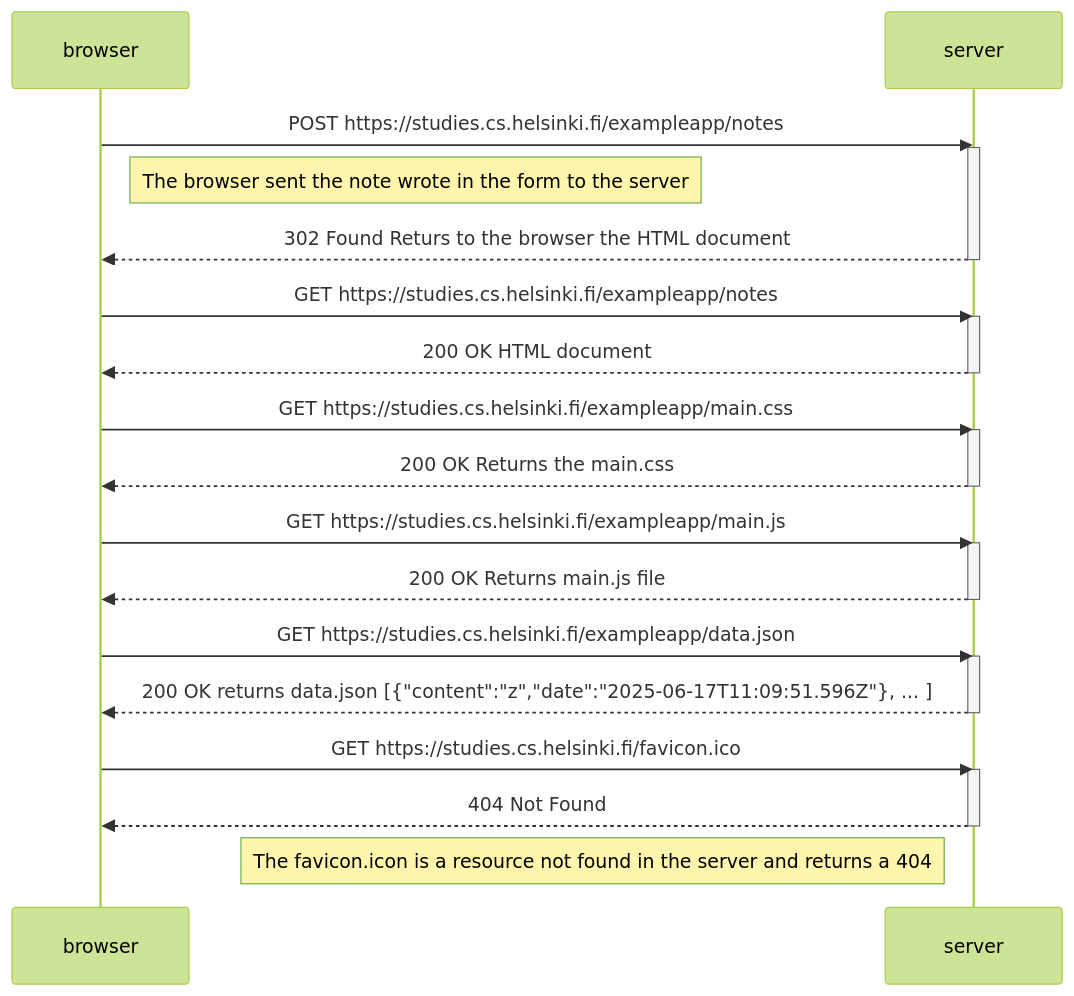
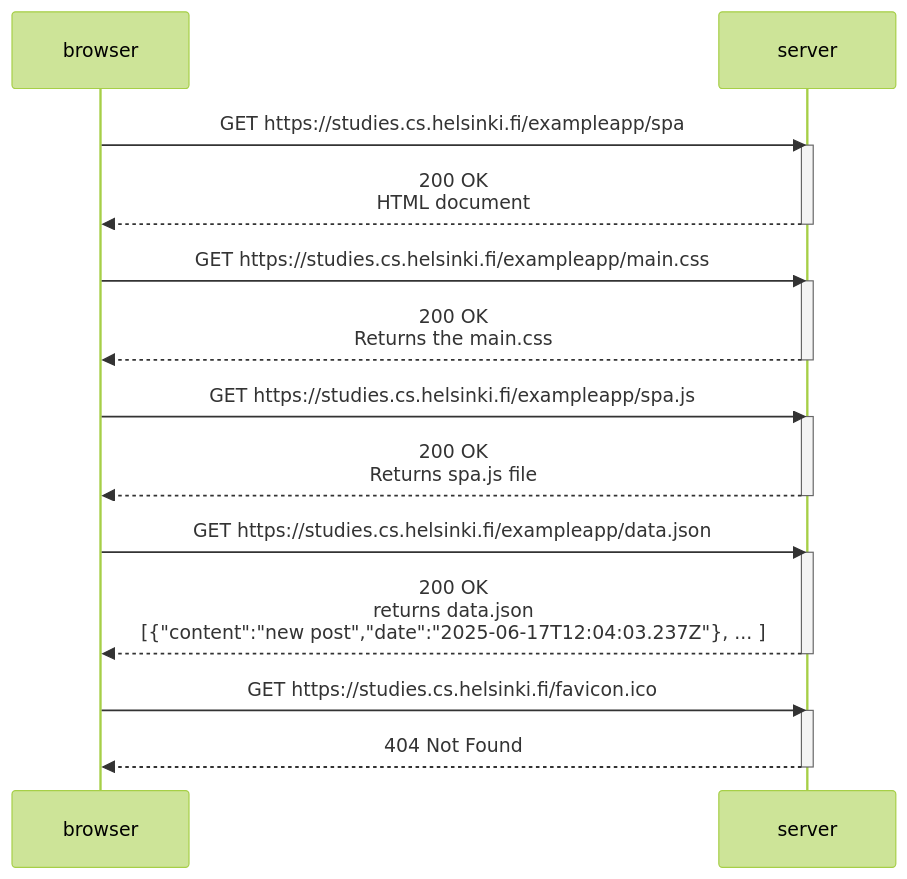
The diagram in part0/0.5_DiagramEnterSPA.md (Mestpal/fullstackopen), drawn with Mermaid (forest theme) before and after one commit. The commit also changed 2 other files, not shown here.

Commit message:
Exercises 0.5 & 0.6

````diff
--- a/part0/0.5_DiagramEnterSPA.md
+++ b/part0/0.5_DiagramEnterSPA.md
@@ -3,37 +3,30 @@
 ``` mermaid
     sequenceDiagram
     participant browser
     participant server
 
-    browser->>server: POST https://studies.cs.helsinki.fi/exampleapp/notes
+    browser->>server: GET https://studies.cs.helsinki.fi/exampleapp/spa
     activate server
-    Note right of browser: The browser sent the note wrote in the form to the server
-    server-->>browser: 302 Found Returs to the browser the HTML document
-    deactivate server
-
-    browser->>server: GET https://studies.cs.helsinki.fi/exampleapp/notes
-    activate server
-    server-->>browser: 200 OK HTML document
+    server-->>browser: 200 OK <br> HTML document
     deactivate server
 
     browser->>server: GET https://studies.cs.helsinki.fi/exampleapp/main.css
     activate server
-    server-->>browser: 200 OK Returns the main.css
+    server-->>browser: 200 OK <br> Returns the main.css
     deactivate server
 
-    browser->>server: GET https://studies.cs.helsinki.fi/exampleapp/main.js
+    browser->>server: GET https://studies.cs.helsinki.fi/exampleapp/spa.js
     activate server
-    server-->>browser: 200 OK Returns main.js file
+    server-->>browser: 200 OK <br> Returns spa.js file
     deactivate server
 
     browser->>server: GET https://studies.cs.helsinki.fi/exampleapp/data.json
     activate server
-    server-->>browser: 200 OK returns data.json [{"content":"z","date":"2025-06-17T11:09:51.596Z"}, ... ]
+    server-->>browser: 200 OK <br> returns data.json <br>[{"content":"new post","date":"2025-06-17T12:04:03.237Z"}, ... ]
     deactivate server
 
     browser->>server: GET https://studies.cs.helsinki.fi/favicon.ico
     activate server
     server-->>browser: 404 Not Found
     deactivate server
-    Note left of server: The favicon.icon is a resource not found in the server and returns a 404
 ```
````
